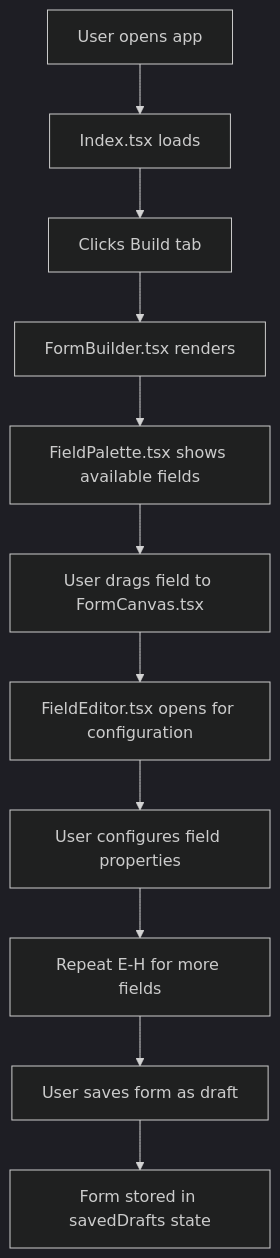
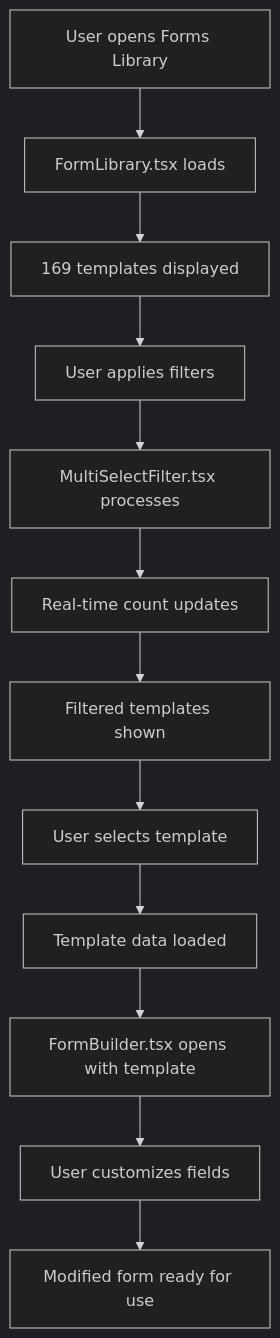
Before and after one commit to solidrange/solidrange-form-flow: the third of 9 diagrams in Resources/FILE_STRUCTURE_AND_FLOW.md, drawn with Mermaid (dark theme). The commit also changed other lines of this file and 6 other files, not shown here.

````diff
--- a/Resources/FILE_STRUCTURE_AND_FLOW.md
+++ b/Resources/FILE_STRUCTURE_AND_FLOW.md
@@ -204,13 +304,14 @@
 ```mermaid
 flowchart TD
-    A["User opens app"] --> B["Index.tsx loads"]
-    B --> C["Clicks Build tab"]
-    C --> D["FormBuilder.tsx renders"]
-    D --> E["FieldPalette.tsx shows available fields"]
-    E --> F["User drags field to FormCanvas.tsx"]
-    F --> G["FieldEditor.tsx opens for configuration"]
-    G --> H["User configures field properties"]
-    H --> I["Repeat E-H for more fields"]
-    I --> J["User saves form as draft"]
-    J --> K["Form stored in savedDrafts state"]
+    A["User opens Forms Library"] --> B["FormLibrary.tsx loads"]
+    B --> C["169 templates displayed"]
+    C --> D["User applies filters"]
+    D --> E["MultiSelectFilter.tsx processes"]
+    E --> F["Real-time count updates"]
+    F --> G["Filtered templates shown"]
+    G --> H["User selects template"]
+    H --> I["Template data loaded"]
+    I --> J["FormBuilder.tsx opens with template"]
+    J --> K["User customizes fields"]
+    K --> L["Modified form ready for use"]
 ```
````
